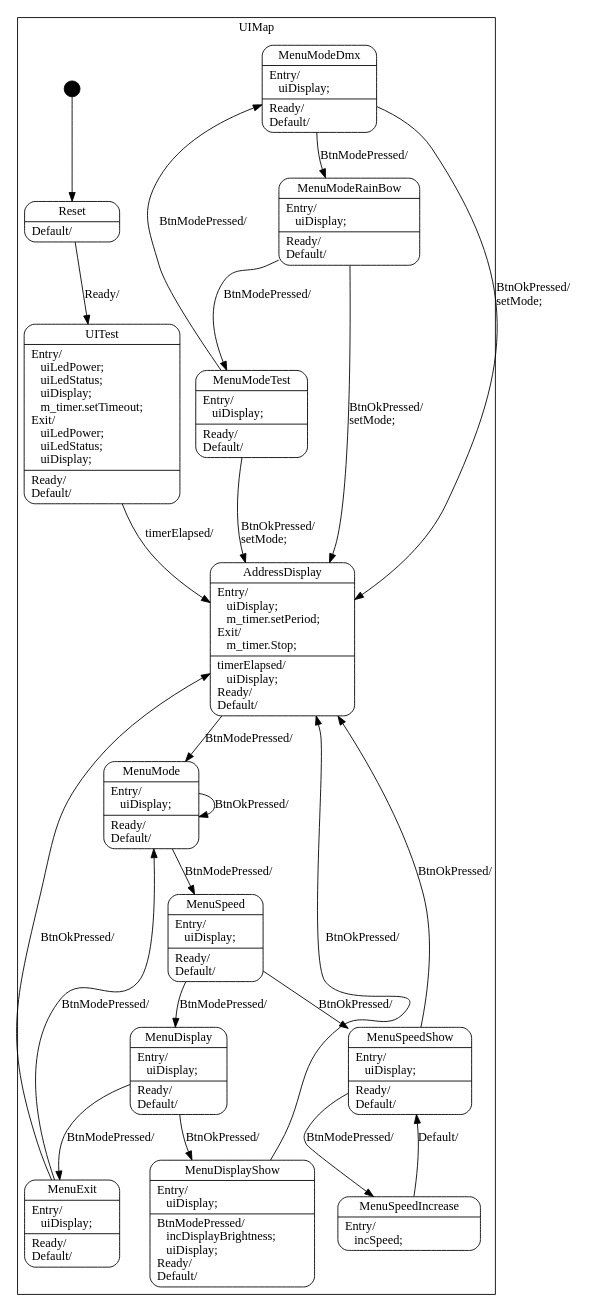
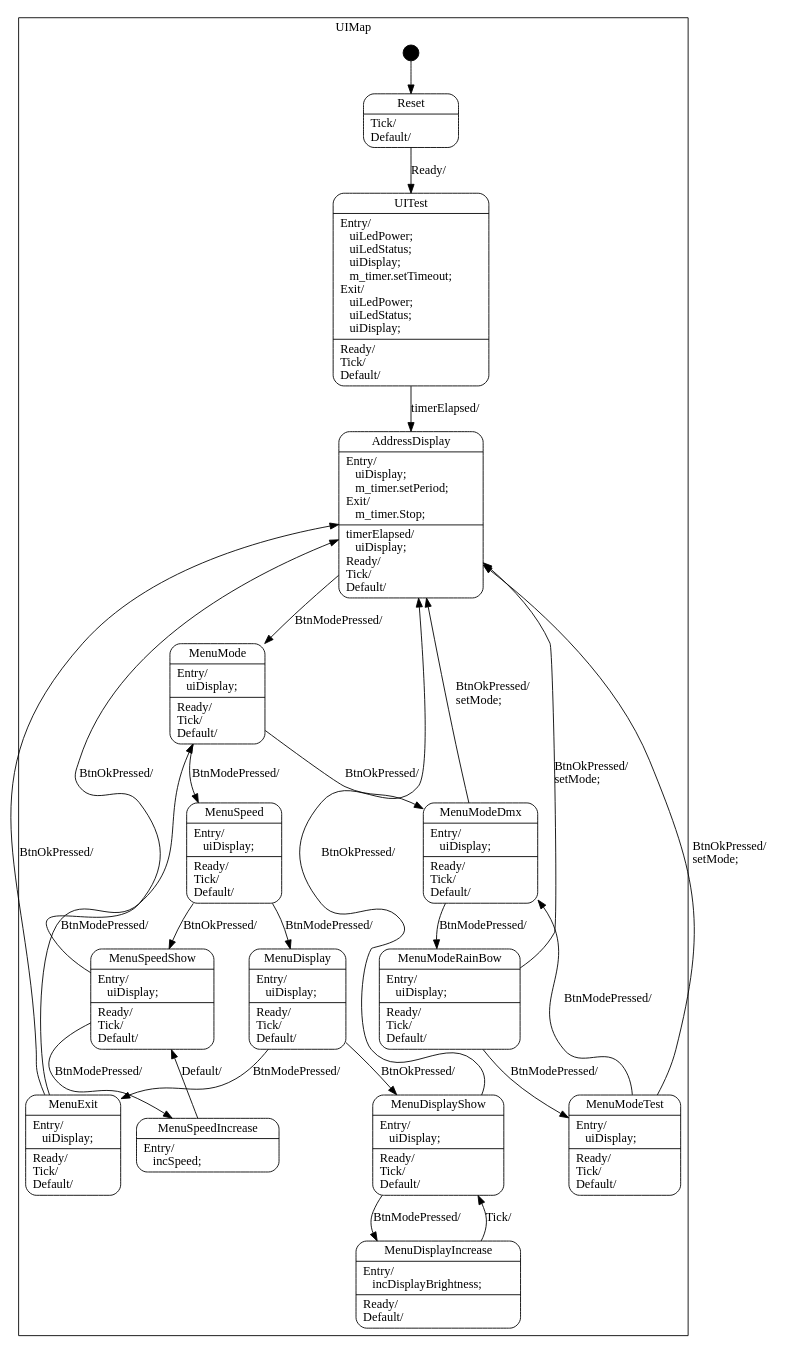
One commit to EmbeddedSystemClass/FootlooseLogoController changed the diagram in SMC/UserInterfaceFSM.dot. Above: the diagram before and after it, drawn with Graphviz. The commit also changed 11 other files, not shown here.

```diff
--- a/SMC/UserInterfaceFSM.dot
+++ b/SMC/UserInterfaceFSM.dot
@@ -1,127 +1,135 @@
 digraph UserInterface {
 
     node
         [shape=Mrecord width=1.5];
 
     subgraph cluster_UIMap {
 
         label="UIMap";
 
         //
         // States (Nodes)
         //
 
         "UIMap::Reset"
-            [label="{Reset|Default/\l}"];
+            [label="{Reset|Tick/\lDefault/\l}"];
 
         "UIMap::UITest"
-            [label="{UITest|Entry/\l&nbsp;&nbsp;&nbsp;uiLedPower;\l&nbsp;&nbsp;&nbsp;uiLedStatus;\l&nbsp;&nbsp;&nbsp;uiDisplay;\l&nbsp;&nbsp;&nbsp;m_timer.setTimeout;\lExit/\l&nbsp;&nbsp;&nbsp;uiLedPower;\l&nbsp;&nbsp;&nbsp;uiLedStatus;\l&nbsp;&nbsp;&nbsp;uiDisplay;\l|Ready/\lDefault/\l}"];
+            [label="{UITest|Entry/\l&nbsp;&nbsp;&nbsp;uiLedPower;\l&nbsp;&nbsp;&nbsp;uiLedStatus;\l&nbsp;&nbsp;&nbsp;uiDisplay;\l&nbsp;&nbsp;&nbsp;m_timer.setTimeout;\lExit/\l&nbsp;&nbsp;&nbsp;uiLedPower;\l&nbsp;&nbsp;&nbsp;uiLedStatus;\l&nbsp;&nbsp;&nbsp;uiDisplay;\l|Ready/\lTick/\lDefault/\l}"];
 
         "UIMap::AddressDisplay"
-            [label="{AddressDisplay|Entry/\l&nbsp;&nbsp;&nbsp;uiDisplay;\l&nbsp;&nbsp;&nbsp;m_timer.setPeriod;\lExit/\l&nbsp;&nbsp;&nbsp;m_timer.Stop;\l|timerElapsed/\l&nbsp;&nbsp;&nbsp;uiDisplay;\lReady/\lDefault/\l}"];
+            [label="{AddressDisplay|Entry/\l&nbsp;&nbsp;&nbsp;uiDisplay;\l&nbsp;&nbsp;&nbsp;m_timer.setPeriod;\lExit/\l&nbsp;&nbsp;&nbsp;m_timer.Stop;\l|timerElapsed/\l&nbsp;&nbsp;&nbsp;uiDisplay;\lReady/\lTick/\lDefault/\l}"];
 
         "UIMap::MenuMode"
-            [label="{MenuMode|Entry/\l&nbsp;&nbsp;&nbsp;uiDisplay;\l|Ready/\lDefault/\l}"];
+            [label="{MenuMode|Entry/\l&nbsp;&nbsp;&nbsp;uiDisplay;\l|Ready/\lTick/\lDefault/\l}"];
 
         "UIMap::MenuSpeed"
-            [label="{MenuSpeed|Entry/\l&nbsp;&nbsp;&nbsp;uiDisplay;\l|Ready/\lDefault/\l}"];
+            [label="{MenuSpeed|Entry/\l&nbsp;&nbsp;&nbsp;uiDisplay;\l|Ready/\lTick/\lDefault/\l}"];
 
         "UIMap::MenuDisplay"
-            [label="{MenuDisplay|Entry/\l&nbsp;&nbsp;&nbsp;uiDisplay;\l|Ready/\lDefault/\l}"];
+            [label="{MenuDisplay|Entry/\l&nbsp;&nbsp;&nbsp;uiDisplay;\l|Ready/\lTick/\lDefault/\l}"];
 
         "UIMap::MenuExit"
-            [label="{MenuExit|Entry/\l&nbsp;&nbsp;&nbsp;uiDisplay;\l|Ready/\lDefault/\l}"];
+            [label="{MenuExit|Entry/\l&nbsp;&nbsp;&nbsp;uiDisplay;\l|Ready/\lTick/\lDefault/\l}"];
 
         "UIMap::MenuModeDmx"
-            [label="{MenuModeDmx|Entry/\l&nbsp;&nbsp;&nbsp;uiDisplay;\l|Ready/\lDefault/\l}"];
+            [label="{MenuModeDmx|Entry/\l&nbsp;&nbsp;&nbsp;uiDisplay;\l|Ready/\lTick/\lDefault/\l}"];
 
         "UIMap::MenuModeRainBow"
-            [label="{MenuModeRainBow|Entry/\l&nbsp;&nbsp;&nbsp;uiDisplay;\l|Ready/\lDefault/\l}"];
+            [label="{MenuModeRainBow|Entry/\l&nbsp;&nbsp;&nbsp;uiDisplay;\l|Ready/\lTick/\lDefault/\l}"];
 
         "UIMap::MenuModeTest"
-            [label="{MenuModeTest|Entry/\l&nbsp;&nbsp;&nbsp;uiDisplay;\l|Ready/\lDefault/\l}"];
+            [label="{MenuModeTest|Entry/\l&nbsp;&nbsp;&nbsp;uiDisplay;\l|Ready/\lTick/\lDefault/\l}"];
 
         "UIMap::MenuSpeedShow"
-            [label="{MenuSpeedShow|Entry/\l&nbsp;&nbsp;&nbsp;uiDisplay;\l|Ready/\lDefault/\l}"];
+            [label="{MenuSpeedShow|Entry/\l&nbsp;&nbsp;&nbsp;uiDisplay;\l|Ready/\lTick/\lDefault/\l}"];
 
         "UIMap::MenuSpeedIncrease"
             [label="{MenuSpeedIncrease|Entry/\l&nbsp;&nbsp;&nbsp;incSpeed;\l}"];
 
         "UIMap::MenuDisplayShow"
-            [label="{MenuDisplayShow|Entry/\l&nbsp;&nbsp;&nbsp;uiDisplay;\l|BtnModePressed/\l&nbsp;&nbsp;&nbsp;incDisplayBrightness;\l&nbsp;&nbsp;&nbsp;uiDisplay;\lReady/\lDefault/\l}"];
+            [label="{MenuDisplayShow|Entry/\l&nbsp;&nbsp;&nbsp;uiDisplay;\l|Ready/\lTick/\lDefault/\l}"];
+
+        "UIMap::MenuDisplayIncrease"
+            [label="{MenuDisplayIncrease|Entry/\l&nbsp;&nbsp;&nbsp;incDisplayBrightness;\l|Ready/\lDefault/\l}"];
 
         "%start"
             [label="" shape=circle style=filled fillcolor=black width=0.25];
 
+        //
+        // Transitions (Edges)
+        //
+
+        "UIMap::Reset" -> "UIMap::UITest"
+            [label="Ready/\l"];
+
+        "UIMap::UITest" -> "UIMap::AddressDisplay"
+            [label="timerElapsed/\l"];
+
+        "UIMap::AddressDisplay" -> "UIMap::MenuMode"
+            [label="BtnModePressed/\l"];
+
+        "UIMap::MenuMode" -> "UIMap::MenuModeDmx"
+            [label="BtnOkPressed/\l"];
+
+        "UIMap::MenuMode" -> "UIMap::MenuSpeed"
+            [label="BtnModePressed/\l"];
+
+        "UIMap::MenuSpeed" -> "UIMap::MenuSpeedShow"
+            [label="BtnOkPressed/\l"];
+
+        "UIMap::MenuSpeed" -> "UIMap::MenuDisplay"
+            [label="BtnModePressed/\l"];
+
+        "UIMap::MenuDisplay" -> "UIMap::MenuDisplayShow"
+            [label="BtnOkPressed/\l"];
+
+        "UIMap::MenuDisplay" -> "UIMap::MenuExit"
+            [label="BtnModePressed/\l"];
+
+        "UIMap::MenuExit" -> "UIMap::AddressDisplay"
+            [label="BtnOkPressed/\l"];
+
+        "UIMap::MenuExit" -> "UIMap::MenuMode"
+            [label="BtnModePressed/\l"];
+
+        "UIMap::MenuModeDmx" -> "UIMap::MenuModeRainBow"
+            [label="BtnModePressed/\l"];
+
+        "UIMap::MenuModeDmx" -> "UIMap::AddressDisplay"
+            [label="BtnOkPressed/\lsetMode;\l"];
+
+        "UIMap::MenuModeRainBow" -> "UIMap::MenuModeTest"
+            [label="BtnModePressed/\l"];
+
+        "UIMap::MenuModeRainBow" -> "UIMap::AddressDisplay"
+            [label="BtnOkPressed/\lsetMode;\l"];
+
+        "UIMap::MenuModeTest" -> "UIMap::MenuModeDmx"
+            [label="BtnModePressed/\l"];
+
+        "UIMap::MenuModeTest" -> "UIMap::AddressDisplay"
+            [label="BtnOkPressed/\lsetMode;\l"];
+
+        "UIMap::MenuSpeedShow" -> "UIMap::MenuSpeedIncrease"
+            [label="BtnModePressed/\l"];
+
+        "UIMap::MenuSpeedShow" -> "UIMap::AddressDisplay"
+            [label="BtnOkPressed/\l"];
+
+        "UIMap::MenuSpeedIncrease" -> "UIMap::MenuSpeedShow"
+            [label="Default/\l"];
+
+        "UIMap::MenuDisplayShow" -> "UIMap::MenuDisplayIncrease"
+            [label="BtnModePressed/\l"];
+
+        "UIMap::MenuDisplayShow" -> "UIMap::AddressDisplay"
+            [label="BtnOkPressed/\l"];
+
+        "UIMap::MenuDisplayIncrease" -> "UIMap::MenuDisplayShow"
+            [label="Tick/\l"];
+
+        "%start" -> "UIMap::Reset"
     }
 
-    //
-    // Transitions (Edges)
-    //
-
-    "UIMap::Reset" -> "UIMap::UITest"
-        [label="Ready/\l"];
-
-    "UIMap::UITest" -> "UIMap::AddressDisplay"
-        [label="timerElapsed/\l"];
-
-    "UIMap::AddressDisplay" -> "UIMap::MenuMode"
-        [label="BtnModePressed/\l"];
-
-    "UIMap::MenuMode" -> "UIMap::MenuMode"
-        [label="BtnOkPressed/\l"];
-
-    "UIMap::MenuMode" -> "UIMap::MenuSpeed"
-        [label="BtnModePressed/\l"];
-
-    "UIMap::MenuSpeed" -> "UIMap::MenuSpeedShow"
-        [label="BtnOkPressed/\l"];
-
-    "UIMap::MenuSpeed" -> "UIMap::MenuDisplay"
-        [label="BtnModePressed/\l"];
-
-    "UIMap::MenuDisplay" -> "UIMap::MenuDisplayShow"
-        [label="BtnOkPressed/\l"];
-
-    "UIMap::MenuDisplay" -> "UIMap::MenuExit"
-        [label="BtnModePressed/\l"];
-
-    "UIMap::MenuExit" -> "UIMap::AddressDisplay"
-        [label="BtnOkPressed/\l"];
-
-    "UIMap::MenuExit" -> "UIMap::MenuMode"
-        [label="BtnModePressed/\l"];
-
-    "UIMap::MenuModeDmx" -> "UIMap::MenuModeRainBow"
-        [label="BtnModePressed/\l"];
-
-    "UIMap::MenuModeDmx" -> "UIMap::AddressDisplay"
-        [label="BtnOkPressed/\lsetMode;\l"];
-
-    "UIMap::MenuModeRainBow" -> "UIMap::MenuModeTest"
-        [label="BtnModePressed/\l"];
-
-    "UIMap::MenuModeRainBow" -> "UIMap::AddressDisplay"
-        [label="BtnOkPressed/\lsetMode;\l"];
-
-    "UIMap::MenuModeTest" -> "UIMap::MenuModeDmx"
-        [label="BtnModePressed/\l"];
-
-    "UIMap::MenuModeTest" -> "UIMap::AddressDisplay"
-        [label="BtnOkPressed/\lsetMode;\l"];
-
-    "UIMap::MenuSpeedShow" -> "UIMap::MenuSpeedIncrease"
-        [label="BtnModePressed/\l"];
-
-    "UIMap::MenuSpeedShow" -> "UIMap::AddressDisplay"
-        [label="BtnOkPressed/\l"];
-
-    "UIMap::MenuSpeedIncrease" -> "UIMap::MenuSpeedShow"
-        [label="Default/\l"];
-
-    "UIMap::MenuDisplayShow" -> "UIMap::AddressDisplay"
-        [label="BtnOkPressed/\l"];
-
-    "%start" -> "UIMap::Reset"
-
 }
```
